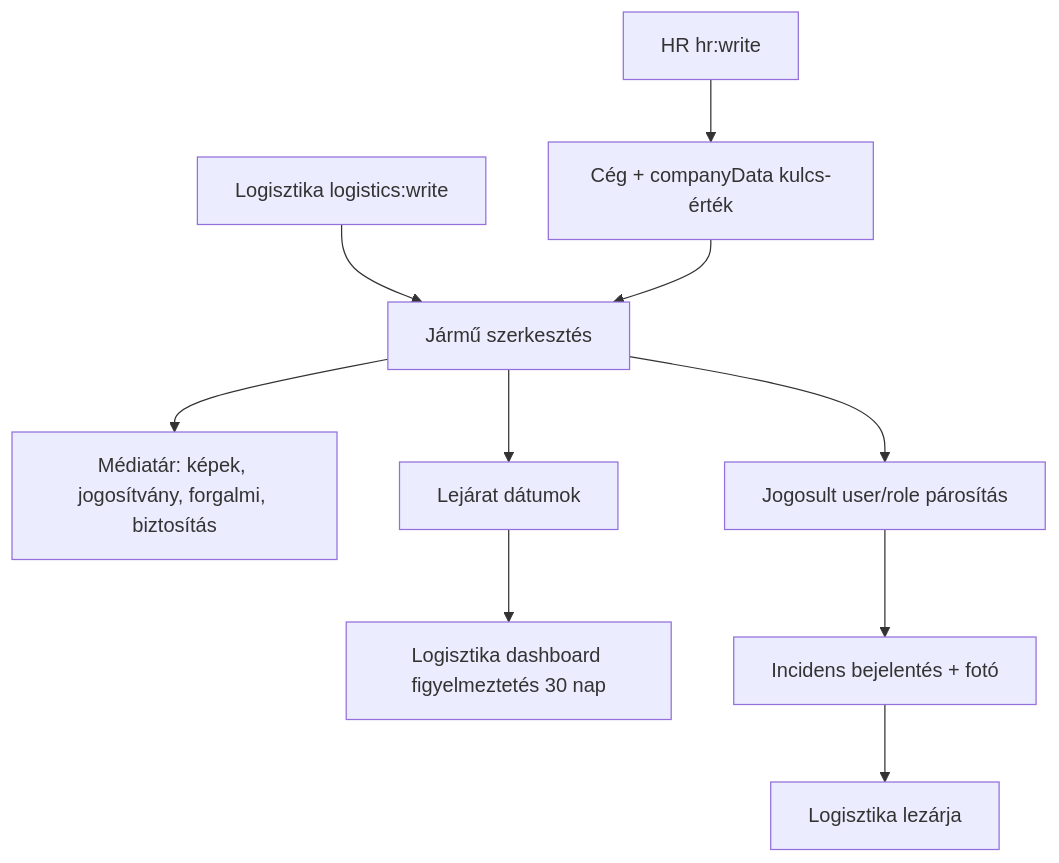
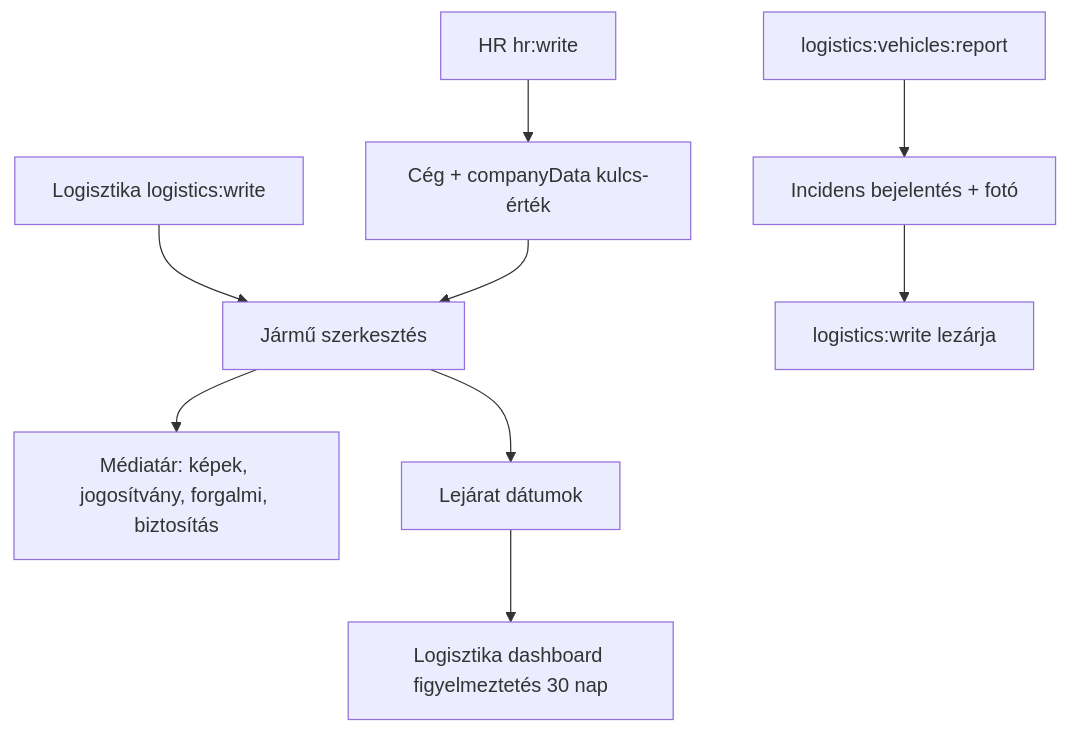
One commit to Tomkoooo/tCrm changed the seventh of 12 diagrams in docs/inventory_and_logistics_flows.md. Above: the diagram before and after it, drawn with Mermaid. The commit also changed other lines of this file and 120 other files, not shown here.

````diff
--- a/docs/inventory_and_logistics_flows.md
+++ b/docs/inventory_and_logistics_flows.md
@@ -313,12 +314,11 @@
 ```mermaid
 flowchart TD
   hrWrite[HR hr:write] --> company[Cég + companyData kulcs-érték]
   logWrite[Logisztika logistics:write] --> vehicle[Jármű szerkesztés]
   company --> vehicle
   vehicle --> media[Médiatár: képek, jogosítvány, forgalmi, biztosítás]
   vehicle --> dueDates[Lejárat dátumok]
   dueDates --> dashWarn[Logisztika dashboard figyelmeztetés 30 nap]
-  vehicle --> staff[Jogosult user/role párosítás]
-  staff --> report[Incidens bejelentés + fotó]
-  report --> logisticsFix[Logisztika lezárja]
+  permReport[logistics:vehicles:report] --> report[Incidens bejelentés + fotó]
+  report --> logisticsFix[logistics:write lezárja]
 ```
````
